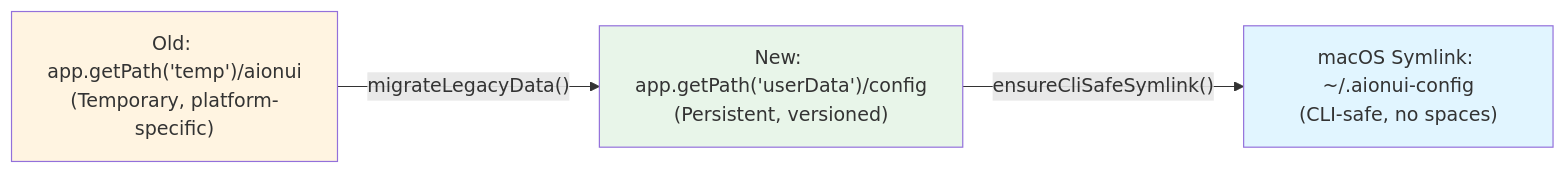
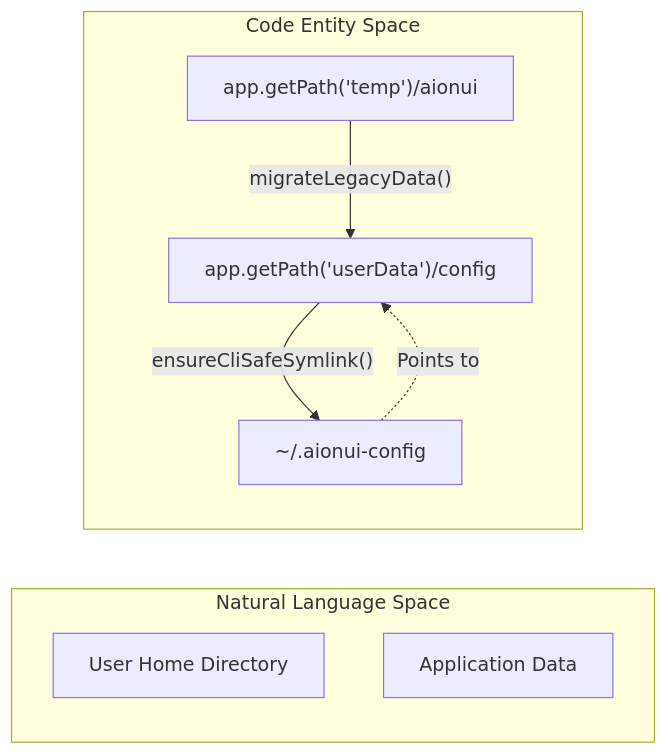
One commit to blackcater/zentree changed the second of 3 diagrams in docs/iOfficeAI_AionUi/configuration-and-persistence/data-migration.md. Above: the diagram before and after it, drawn with Mermaid. The commit also changed other lines of this file and 232 other files, not shown here.

````diff
--- a/docs/iOfficeAI_AionUi/configuration-and-persistence/data-migration.md
+++ b/docs/iOfficeAI_AionUi/configuration-and-persistence/data-migration.md
@@ -53,13 +109,17 @@
 ```mermaid
 graph LR
-    OldTemp["Old: app.getPath('temp')/aionui<br/>(Temporary, platform-specific)"]
-    NewConfig["New: app.getPath('userData')/config<br/>(Persistent, versioned)"]
-    Symlink["macOS Symlink: ~/.aionui-config<br/>(CLI-safe, no spaces)"]
+    subgraph "Natural Language Space"
+        User["User Home Directory"]
+        App["Application Data"]
+    end
 
-    OldTemp -->|"migrateLegacyData()"| NewConfig
-    NewConfig -->|"ensureCliSafeSymlink()"| Symlink
+    subgraph "Code Entity Space"
+        OldPath["app.getPath('temp')/aionui"]
+        NewPath["app.getPath('userData')/config"]
+        Symlink["~/.aionui-config"]
+    end
 
-    style OldTemp fill:#fff4e1
-    style NewConfig fill:#e8f5e9
-    style Symlink fill:#e1f5ff
+    OldPath -->|"migrateLegacyData()"| NewPath
+    NewPath -->|"ensureCliSafeSymlink()"| Symlink
+    Symlink -.->|"Points to"| NewPath
 ```
````
